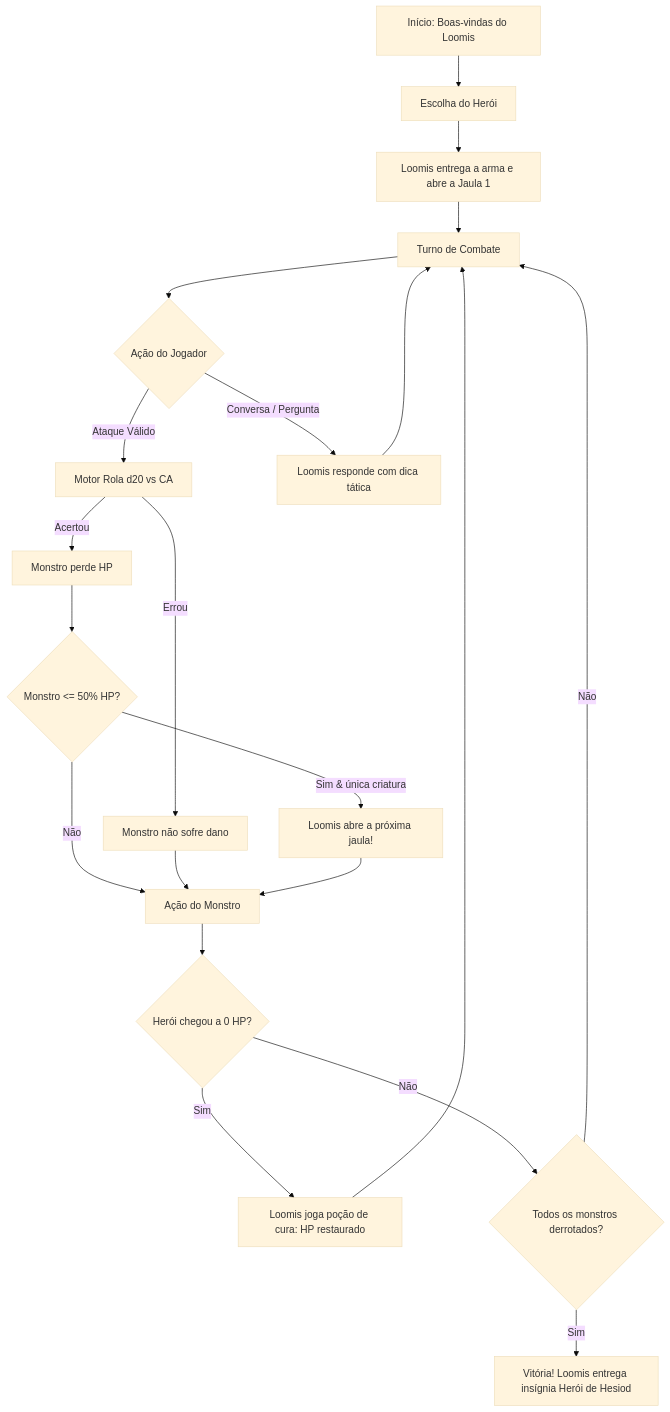
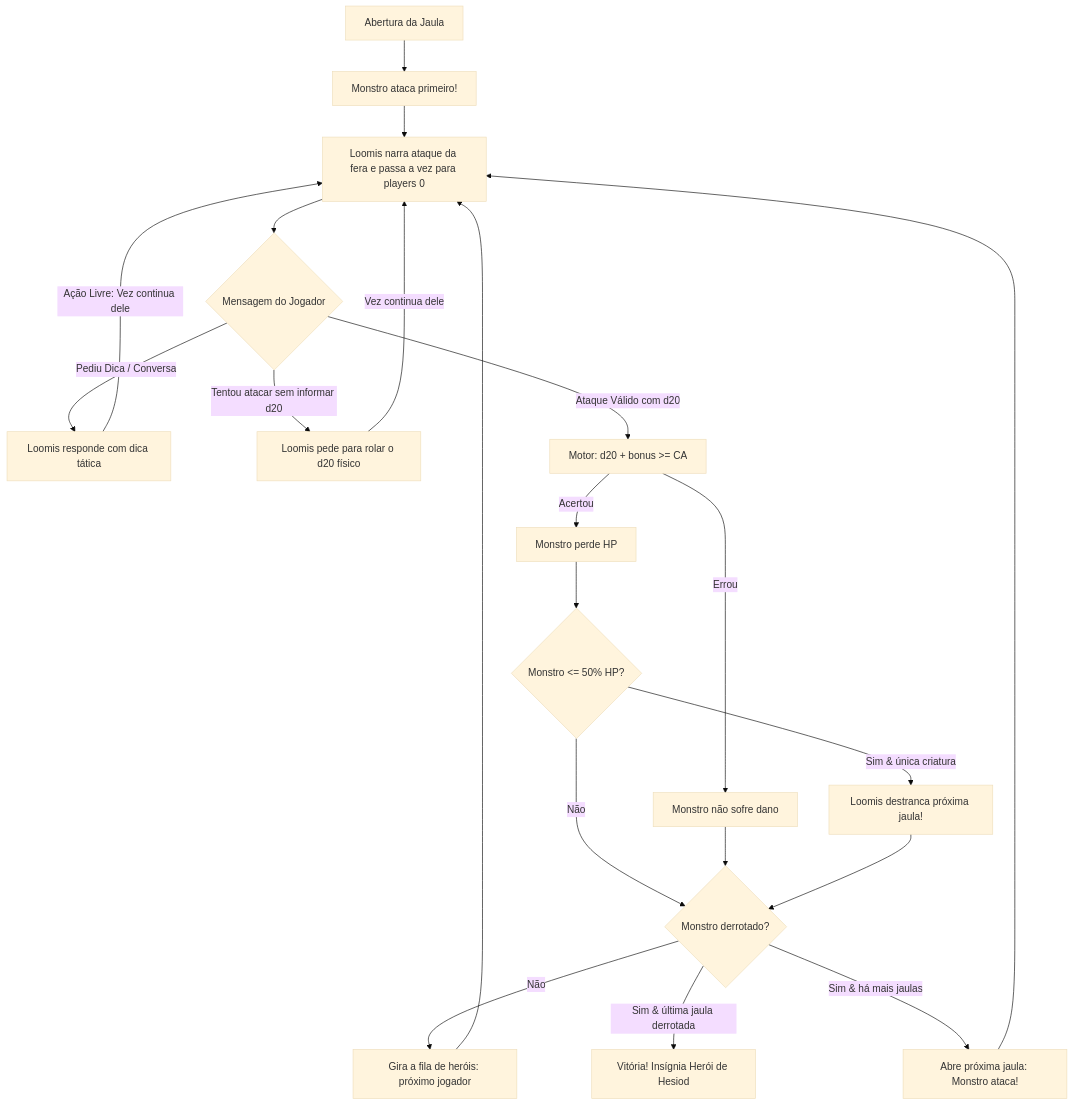
The diagram in docs/game_rules.md (gradprojetos/ai-npc), drawn with Mermaid (base theme) before and after one commit. The commit also changed other lines of this file and 3 other files, not shown here.

````diff
--- a/docs/game_rules.md
+++ b/docs/game_rules.md
@@ -74,28 +89,31 @@
 ```mermaid
 graph TD
-    A[Início: Boas-vindas do Loomis] --> B[Escolha do Herói]
-    B --> C[Loomis entrega a arma e abre a Jaula 1]
+    A[Abertura da Jaula] --> B[Monstro ataca primeiro!]
+    B --> C[Loomis narra ataque da fera e passa a vez para players 0]
     
-    C --> D[Turno de Combate]
+    C --> D{Mensagem do Jogador}
     
-    D --> E{Ação do Jogador}
-    E -->|Ataque Válido| F[Motor Rola d20 vs CA]
-    E -->|Conversa / Pergunta| G[Loomis responde com dica tática]
-    G --> D
+    D -->|Pediu Dica / Conversa| E[Loomis responde com dica tática]
+    E -->|Ação Livre: Vez continua dele| C
     
-    F -->|Acertou| H[Monstro perde HP]
-    F -->|Errou| I[Monstro não sofre dano]
+    D -->|Tentou atacar sem informar d20| F[Loomis pede para rolar o d20 físico]
+    F -->|Vez continua dele| C
+    
+    D -->|Ataque Válido com d20| G[Motor: d20 + bonus >= CA]
+    
+    G -->|Acertou| H[Monstro perde HP]
+    G -->|Errou| I[Monstro não sofre dano]
     
     H --> J{Monstro <= 50% HP?}
-    J -->|Sim & única criatura| K[Loomis abre a próxima jaula!]
-    J -->|Não| L[Ação do Monstro]
+    J -->|Sim & única criatura| K[Loomis destranca próxima jaula!]
+    J -->|Não| L{Monstro derrotado?}
     I --> L
     K --> L
     
-    L --> M{Herói chegou a 0 HP?}
-    M -->|Sim| N[Loomis joga poção de cura: HP restaurado]
-    N --> D
-    M -->|Não| O{Todos os monstros derrotados?}
-    O -->|Não| D
-    O -->|Sim| P[Vitória! Loomis entrega insígnia Herói de Hesiod]
+    L -->|Não| M[Gira a fila de heróis: próximo jogador]
+    L -->|Sim & última jaula derrotada| N[Vitória! Insígnia Herói de Hesiod]
+    L -->|Sim & há mais jaulas| O[Abre próxima jaula: Monstro ataca!]
+    
+    M --> C
+    O --> C
 ```
````
